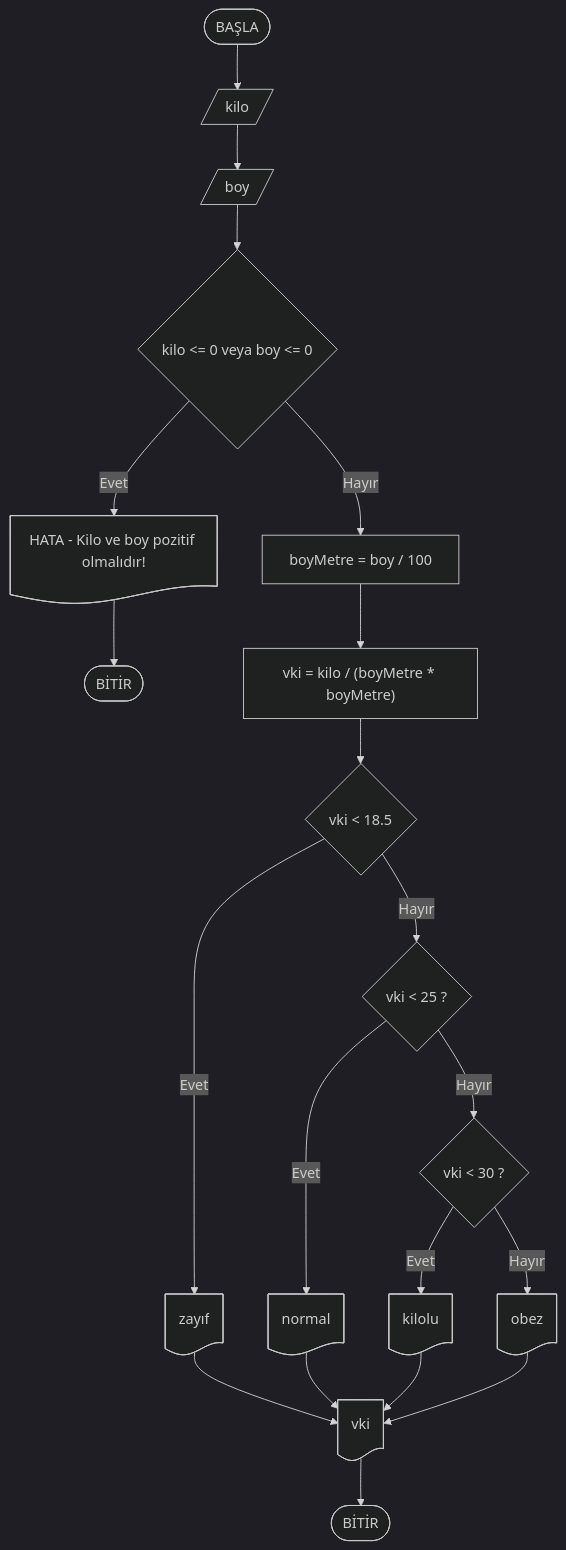
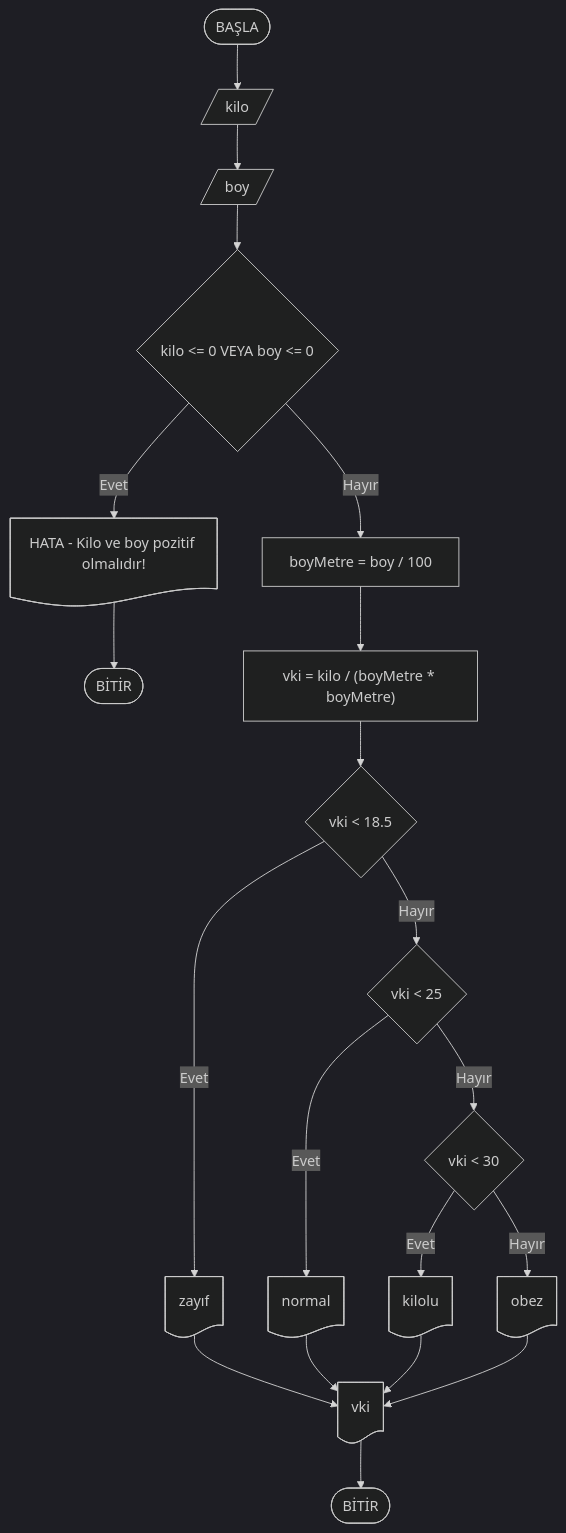
One commit to ibrahimayaz/Algoritma-ve-Programlamaya-Giris-2025 changed the eighth of 10 diagrams in Hafta02/ders_icerik.md. Above: the diagram before and after it, drawn with Mermaid (dark theme).

Commit message:
Hafta02 guncellendi

````diff
--- a/Hafta02/ders_icerik.md
+++ b/Hafta02/ders_icerik.md
@@ -709,24 +709,24 @@
 ```mermaid
 flowchart TD
   A([BAŞLA]) --> B[/kilo/]
   B --> C[/boy/]
-  C --> D{"kilo <= 0 veya boy <= 0 "}
+  C --> D{"kilo <= 0 VEYA boy <= 0"}
   D -- Evet --> E@{ shape: doc, label: "HATA - Kilo ve boy pozitif olmalıdır!" }
   E --> F([BİTİR])
   D -- Hayır --> G["boyMetre = boy / 100"]
   G --> H["vki = kilo / (boyMetre * boyMetre)"]
 
   H --> I{"vki < 18.5 "}
   I -- Evet --> I1@{ shape: doc, label: "zayıf" }
-  I -- Hayır --> J{"vki < 25 ?"}
+  I -- Hayır --> J{"vki < 25"}
   J -- Evet --> J1@{ shape: doc, label: "normal" }
-  J -- Hayır --> K{"vki < 30 ?"}
+  J -- Hayır --> K{"vki < 30"}
   K -- Evet --> K1@{ shape: doc, label: "kilolu" }
   K -- Hayır --> L@{ shape: doc, label: "obez" }
 
   I1 --> Z@{ shape: doc, label: "vki" }
   J1 --> Z
   K1 --> Z
   L --> Z
   Z --> M([BİTİR])
 ```
````
